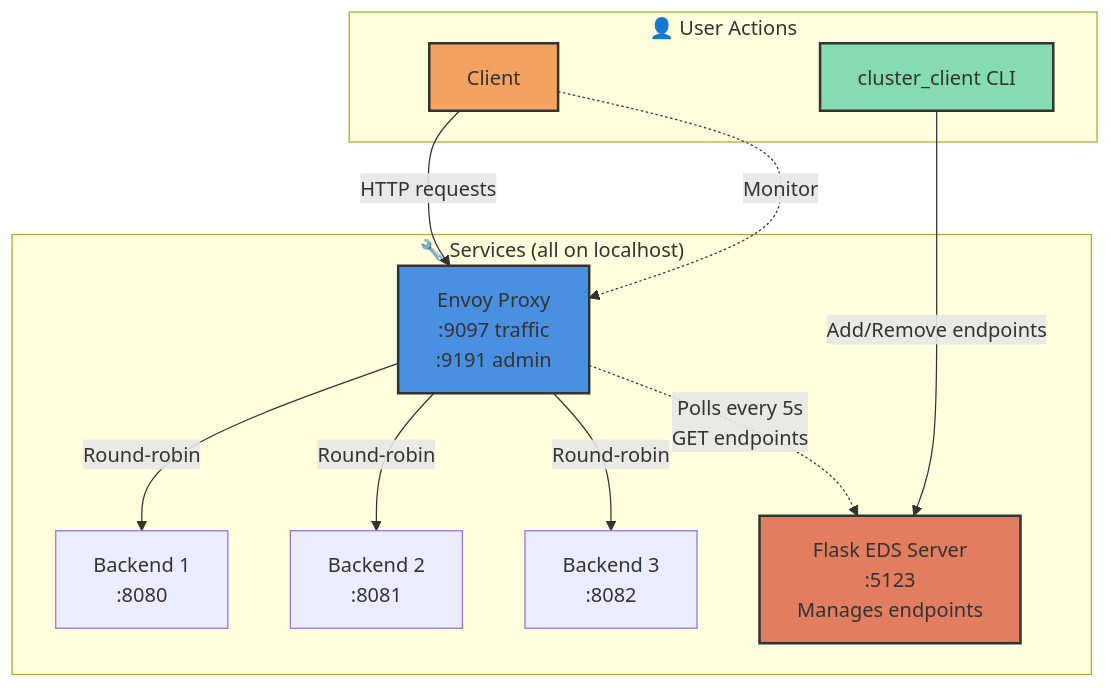
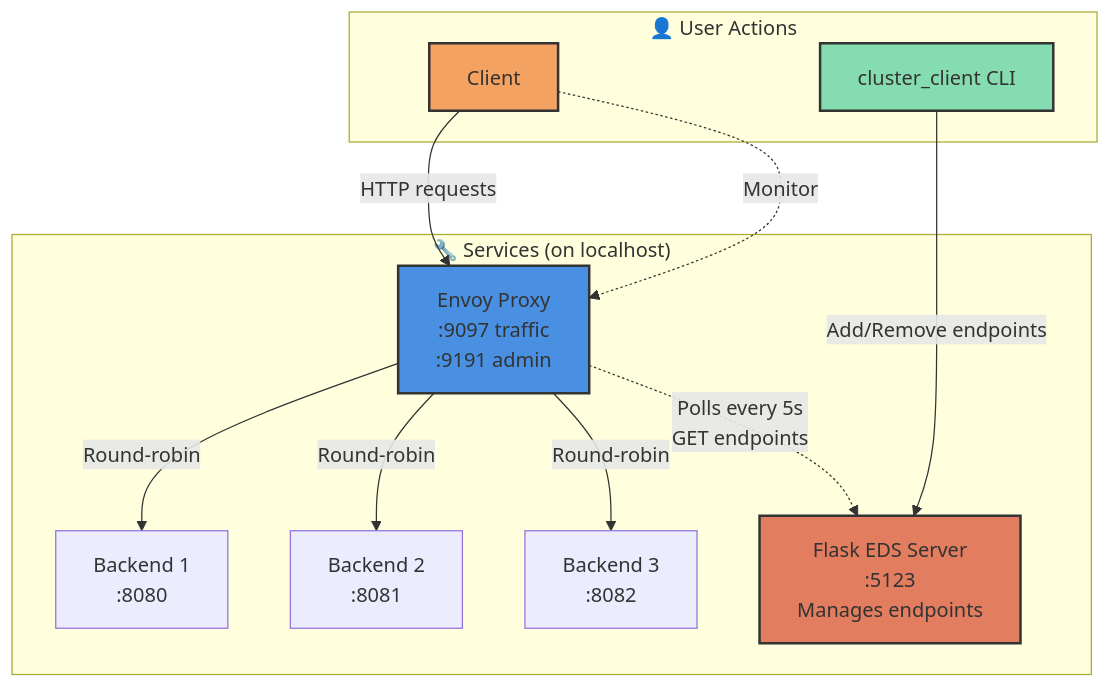
One commit to asnaylor/envoy_service_discovery changed the diagram in README.md. Above: the diagram before and after it, drawn with Mermaid.

````diff
--- a/README.md
+++ b/README.md
@@ -11,30 +11,30 @@
 ```mermaid
 flowchart TB
     subgraph User["👤 User Actions"]
         Client[Client]
         CLI[cluster_client CLI]
     end
     
-    subgraph Services["🔧 Services (all on localhost)"]
+    subgraph Services["🔧 Services (on localhost)"]
         Flask[Flask EDS Server<br/>:5123<br/>Manages endpoints]
         Envoy[Envoy Proxy<br/>:9097 traffic<br/>:9191 admin]
         
         B1[Backend 1<br/>:8080]
         B2[Backend 2<br/>:8081]
         B3[Backend 3<br/>:8082]
     end
     
     Client -->|HTTP requests| Envoy
     Envoy -->|Round-robin| B1
     Envoy -->|Round-robin| B2
     Envoy -->|Round-robin| B3
     
     Envoy -.->|Polls every 5s<br/>GET endpoints| Flask
     CLI -->|Add/Remove endpoints| Flask
     Client -.->|Monitor| Envoy
     
     style Flask fill:#E27D60,stroke:#333,stroke-width:2px
     style Envoy fill:#4A90E2,stroke:#333,stroke-width:2px
     style CLI fill:#85DCB0,stroke:#333,stroke-width:2px
     style Client fill:#F4A261,stroke:#333,stroke-width:2px
 ```
````
